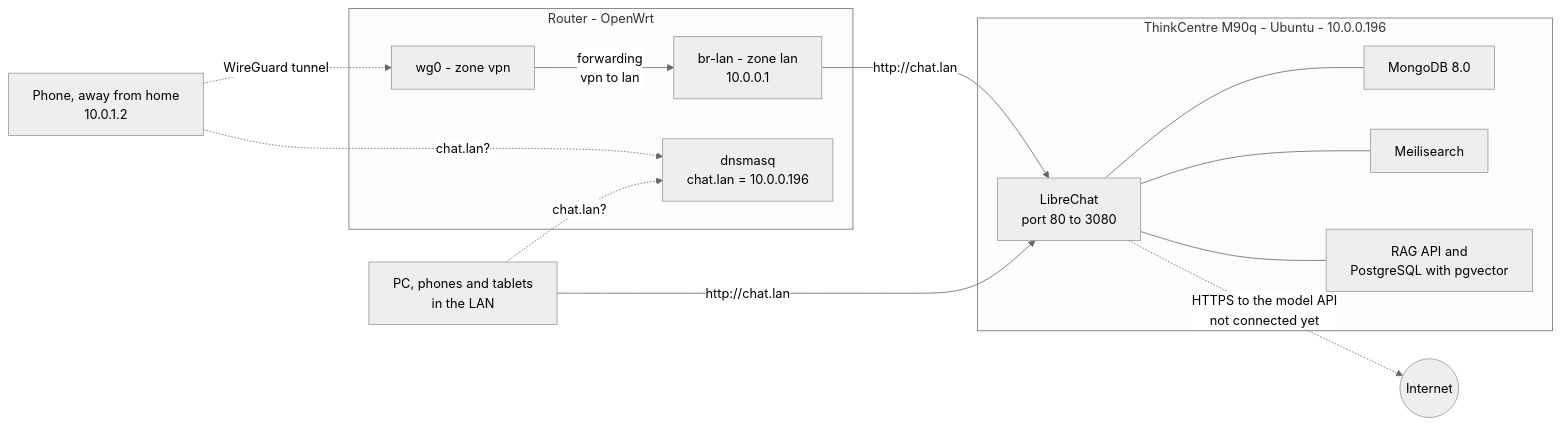
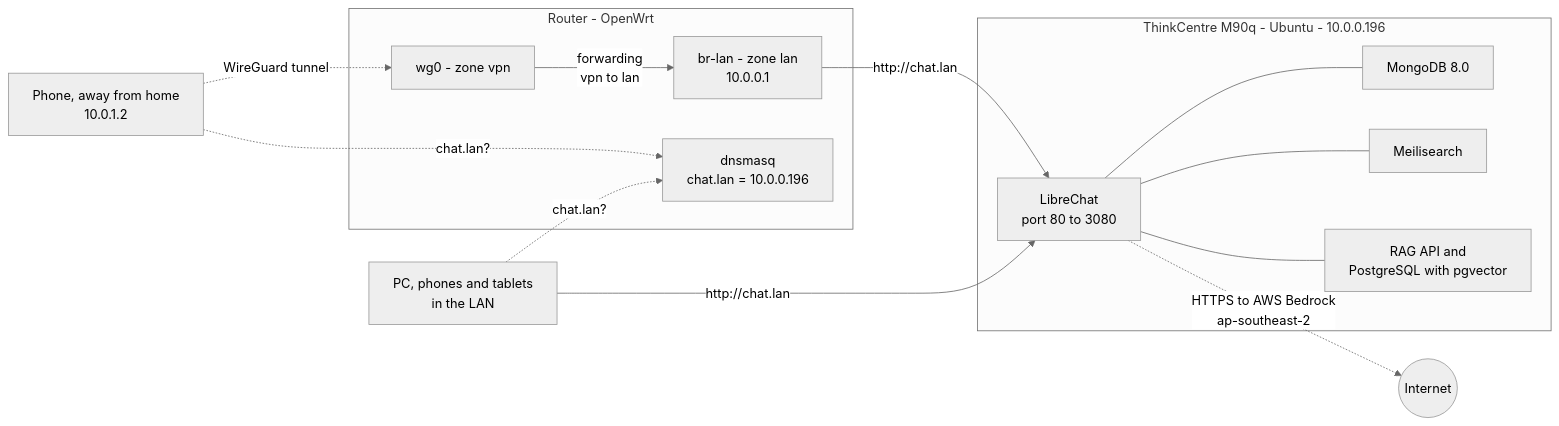
Before and after one commit to ThomasZeman/tomcore-website: the diagram in content/docs/articles/Networking/openwrt-raspberry-pi-4b-librechat.md, drawn with Mermaid (neutral theme). The commit also changed other lines of this file, not shown here.

First line of the commit message:
Describe the AWS Bedrock setup in the LibreChat article

```diff
--- a/content/docs/articles/Networking/openwrt-raspberry-pi-4b-librechat.md
+++ b/content/docs/articles/Networking/openwrt-raspberry-pi-4b-librechat.md
@@ -59,23 +62,23 @@
 {{< mermaid >}}
 flowchart LR
   phone["Phone, away from home<br/>10.0.1.2"] -. "WireGuard tunnel" .-> wg0
   lanc["PC, phones and tablets<br/>in the LAN"]
   subgraph pi["Router - OpenWrt"]
     wg0["wg0 - zone vpn"] -- "forwarding<br/>vpn to lan" --> brlan["br-lan - zone lan<br/>10.0.0.1"]
     dns["dnsmasq<br/>chat.lan = 10.0.0.196"]
   end
   subgraph m90q["ThinkCentre M90q - Ubuntu - 10.0.0.196"]
     lc["LibreChat<br/>port 80 to 3080"]
     mongo["MongoDB 8.0"]
     meili["Meilisearch"]
     rag["RAG API and<br/>PostgreSQL with pgvector"]
   end
   brlan -- "http://chat.lan" --> lc
   lanc -- "http://chat.lan" --> lc
   lanc -. "chat.lan?" .-> dns
   phone -. "chat.lan?" .-> dns
   lc --- mongo
   lc --- meili
   lc --- rag
-  lc -. "HTTPS to the model API<br/>not connected yet" .-> inet(("Internet"))
+  lc -. "HTTPS to AWS Bedrock<br/>ap-southeast-2" .-> inet(("Internet"))
 {{< /mermaid >}}
```
